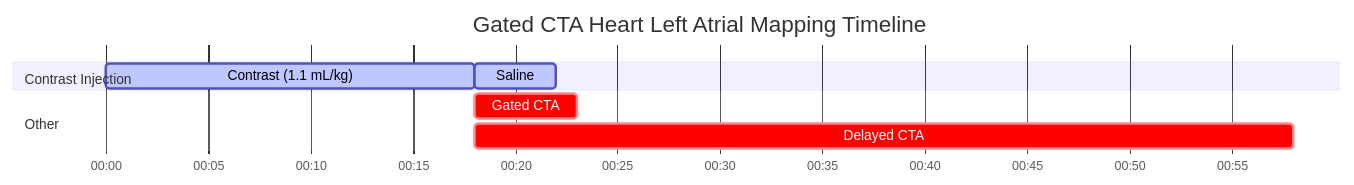
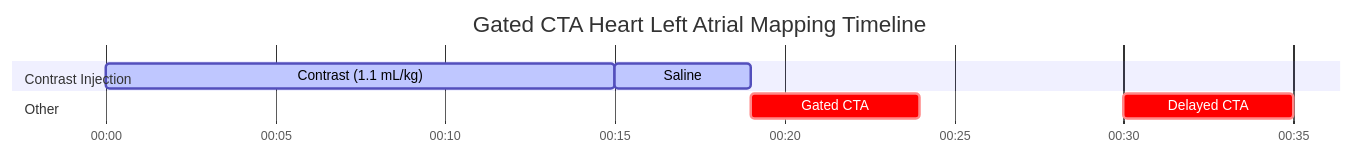
Before and after one commit to dfergs93/radiology-protocols: the diagram in docs/ct/cardiac/gated-cta-heart-left-atrial-mapping.md, drawn with Mermaid. The commit also changed other lines of this file and 26 other files, not shown here.

````diff
--- a/docs/ct/cardiac/gated-cta-heart-left-atrial-mapping.md
+++ b/docs/ct/cardiac/gated-cta-heart-left-atrial-mapping.md
@@ -86,19 +87,19 @@
   ```mermaid
   ---
   displayMode: compact
   config:
     theme: default
     themeCSS: " #Saline{ fill: #4ed5ff; stroke: #2094f3; } "
   ---
     gantt
       title Gated CTA Heart Left Atrial Mapping Timeline
       dateFormat mm:ss
       axisFormat %M:%S 
       
       section Contrast Injection
-      Contrast (1.1 mL/kg)    :active, contrast, 00:00, 18s
+      Contrast (1.1 mL/kg)    :active, contrast, 00:00, 15s
       Saline          :active, saline, after contrast, 4s
       section Other
-      Gated CTA    :crit, scan1, after contrast, 5s
-      Delayed CTA    :crit, scan2, after contrast, 40s
+      Gated CTA    :crit, scan1, after saline, 5s
+      Delayed CTA    :crit, scan2, 00:30, 5s
   ```
````
